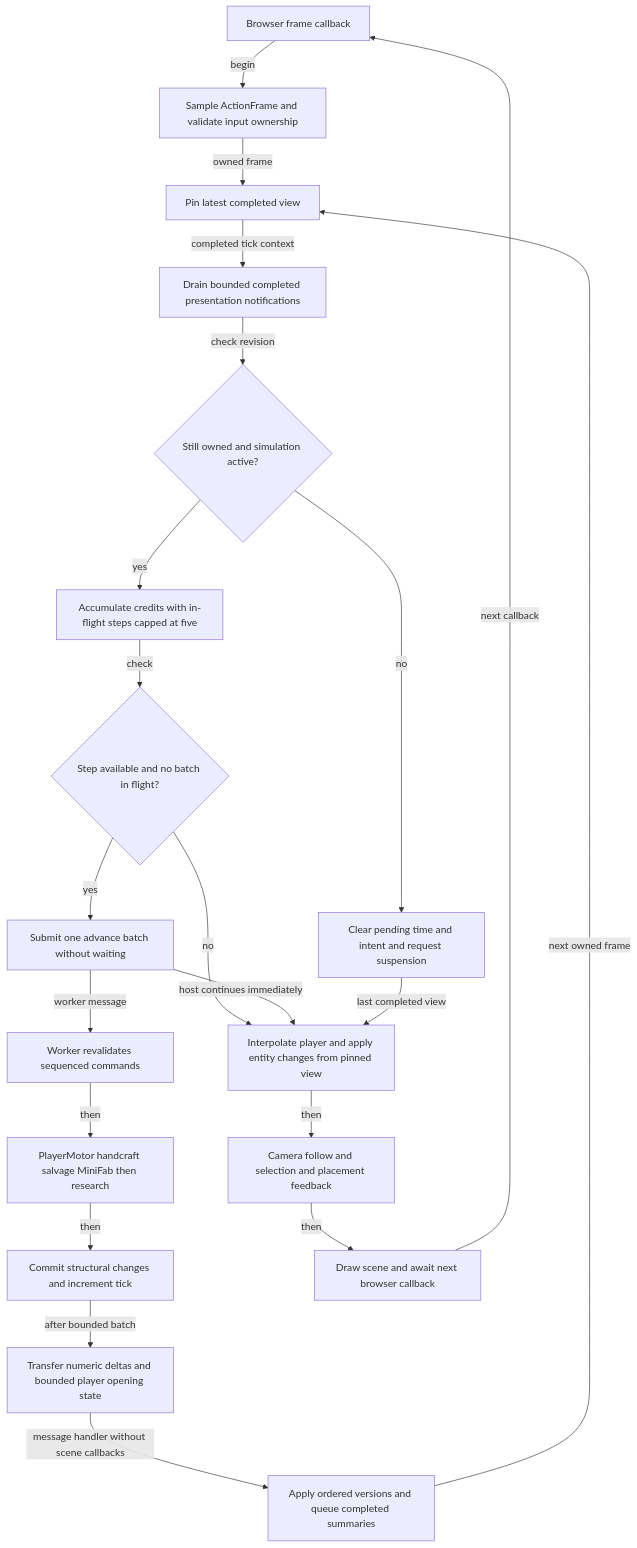
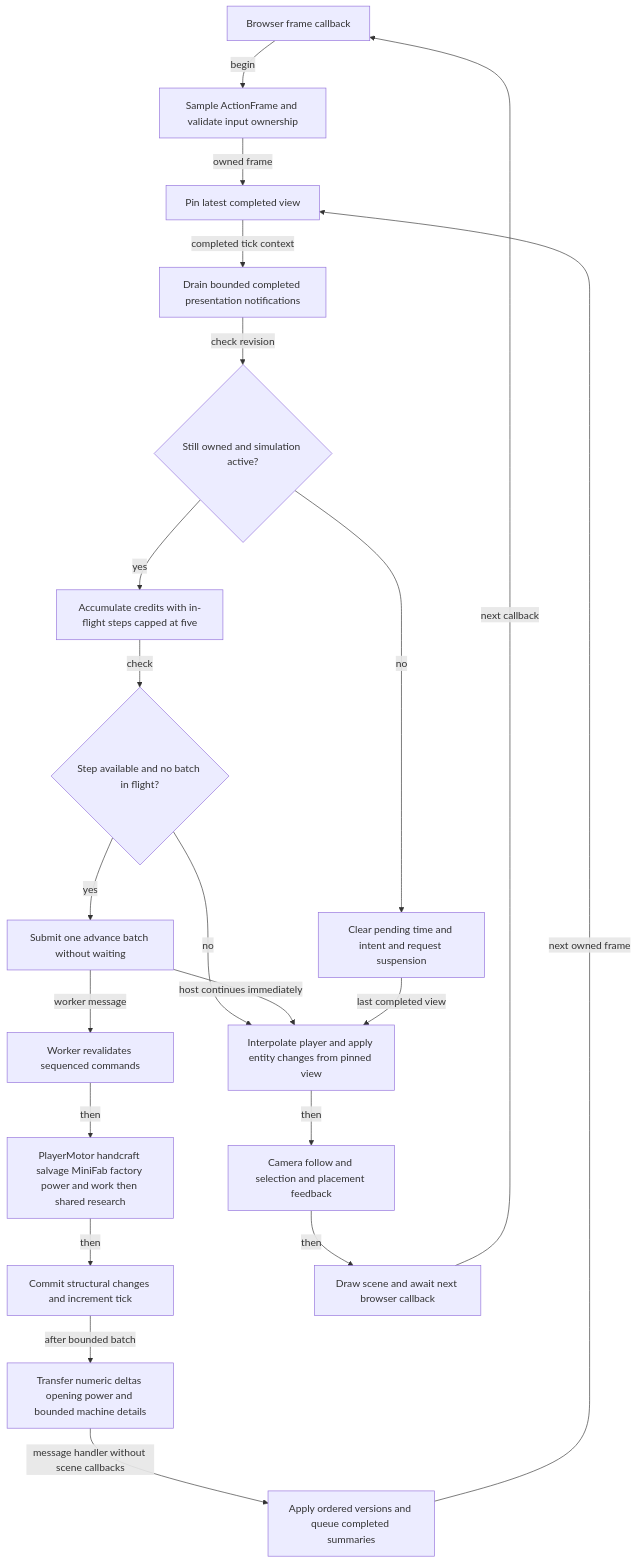
The second of 5 diagrams in docs/plans/README.md (Googlproxer/Scrapworks), drawn with Mermaid before and after one commit. The commit also changed other lines of this file and 134 other files, not shown here.

````diff
--- a/docs/plans/README.md
+++ b/docs/plans/README.md
@@ -172,40 +172,40 @@
 ```mermaid
 flowchart TB
     Frame[Browser frame callback]
     Input[Sample ActionFrame and validate input ownership]
     Pin[Pin latest completed view]
     Hooks[Drain bounded completed presentation notifications]
     Active{Still owned and simulation active?}
     Pause[Clear pending time and intent and request suspension]
     Credits[Accumulate credits with in-flight steps capped at five]
     Available{Step available and no batch in flight?}
     Send[Submit one advance batch without waiting]
     Commands[Worker revalidates sequenced commands]
-    Systems[PlayerMotor handcraft salvage MiniFab then research]
+    Systems[PlayerMotor handcraft salvage MiniFab factory power and work then shared research]
     Commit[Commit structural changes and increment tick]
-    Publish[Transfer numeric deltas and bounded player opening state]
+    Publish[Transfer numeric deltas opening power and bounded machine details]
     Cache[Apply ordered versions and queue completed summaries]
     Present[Interpolate player and apply entity changes from pinned view]
     Feedback[Camera follow and selection and placement feedback]
     Draw[Draw scene and await next browser callback]
     Frame -->|begin| Input
     Input -->|owned frame| Pin
     Pin -->|completed tick context| Hooks
     Hooks -->|check revision| Active
     Active -->|no| Pause
     Active -->|yes| Credits
     Credits -->|check| Available
     Available -->|yes| Send
     Send -->|worker message| Commands
     Commands -->|then| Systems
     Systems -->|then| Commit
     Commit -->|after bounded batch| Publish
     Publish -->|message handler without scene callbacks| Cache
     Cache -->|next owned frame| Pin
     Available -->|no| Present
     Send -->|host continues immediately| Present
     Pause -->|last completed view| Present
     Present -->|then| Feedback
     Feedback -->|then| Draw
     Draw -->|next callback| Frame
 ```
````
